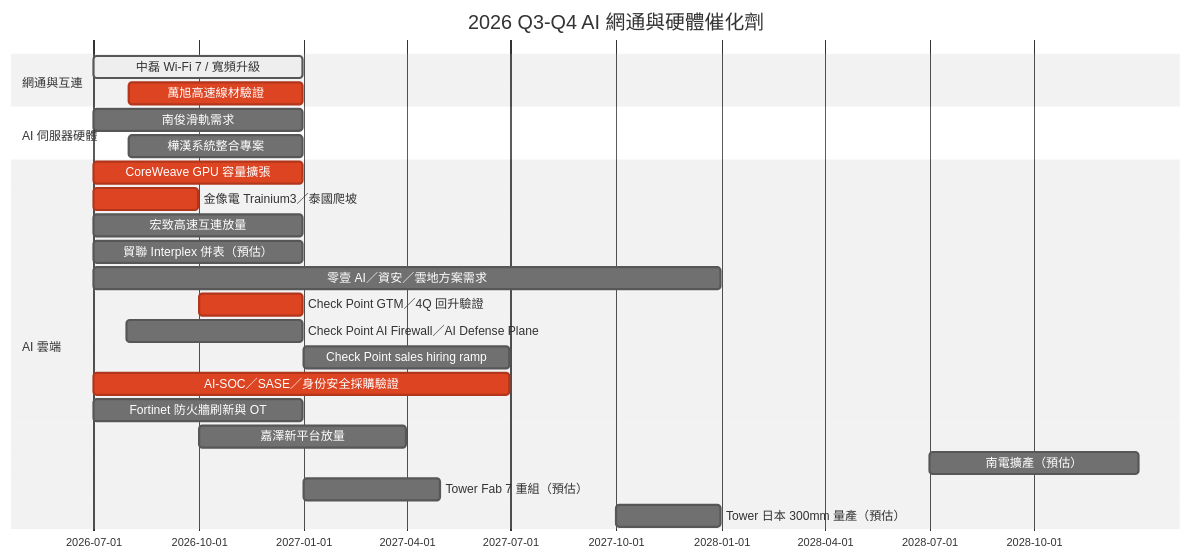
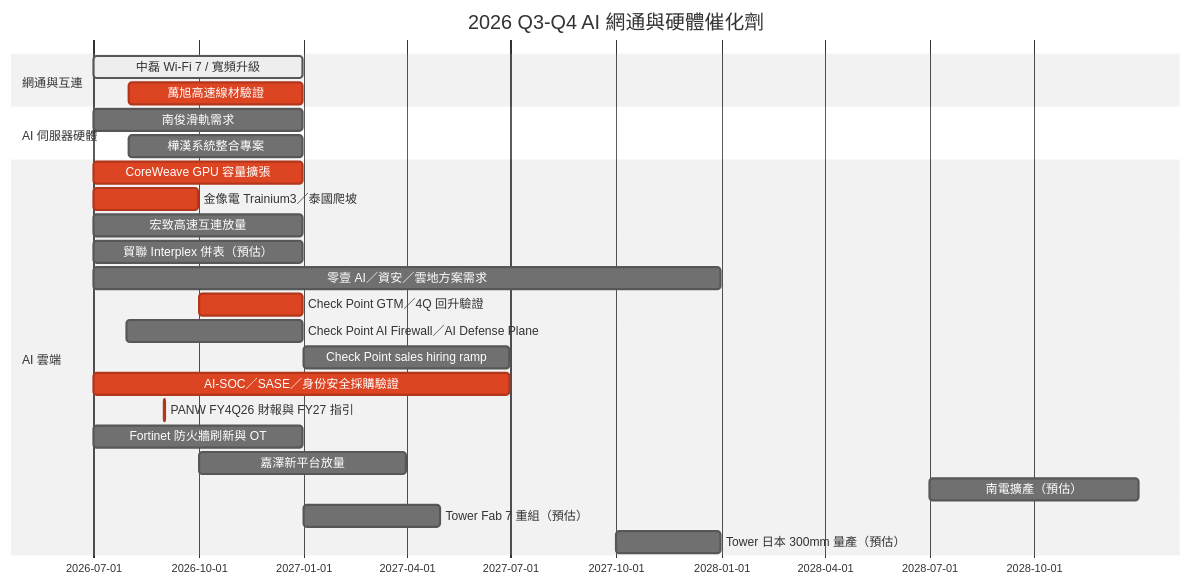
Before and after one commit to kevn950324/wiki_Stockv2: the diagram in content/lib/5.schedule/時程_2026Q3Q4_AI網通與硬體催化劑.md, drawn with Mermaid (neutral theme). The commit also changed other lines of this file and 12 other files, not shown here.

````diff
--- a/content/lib/5.schedule/時程_2026Q3Q4_AI網通與硬體催化劑.md
+++ b/content/lib/5.schedule/時程_2026Q3Q4_AI網通與硬體催化劑.md
@@ -47,26 +48,27 @@
 ```mermaid
 gantt
     title 2026 Q3-Q4 AI 網通與硬體催化劑
     dateFormat YYYY-MM-DD
     section 網通與互連
     中磊 Wi-Fi 7 / 寬頻升級 :active, 2026-07-01, 2026-12-31
     萬旭高速線材驗證 :crit, 2026-08-01, 2026-12-31
     section AI 伺服器硬體
     南俊滑軌需求 :2026-07-01, 2026-12-31
     樺漢系統整合專案 :2026-08-01, 2026-12-31
     section AI 雲端
     CoreWeave GPU 容量擴張 :crit, 2026-07-01, 2026-12-31
     金像電 Trainium3／泰國爬坡 :crit, 2026-07-01, 2026-09-30
     宏致高速互連放量 :2026-07-01, 2026-12-31
     貿聯 Interplex 併表（預估） :2026-07-01, 2026-12-31
     零壹 AI／資安／雲地方案需求 :2026-07-01, 2027-12-31
     Check Point GTM／4Q 回升驗證 :crit, 2026-10-01, 2026-12-31
     Check Point AI Firewall／AI Defense Plane :2026-07-30, 2026-12-31
     Check Point sales hiring ramp :2027-01-01, 2027-06-30
     AI-SOC／SASE／身份安全採購驗證 :crit, 2026-07-01, 2027-06-30
+    PANW FY4Q26 財報與 FY27 指引 :crit, 2026-09-01, 2026-09-02
     Fortinet 防火牆刷新與 OT :2026-07-01, 2026-12-31
     嘉澤新平台放量 :2026-10-01, 2027-03-31
     南電擴產（預估） :2028-07-01, 2028-12-31
     Tower Fab 7 重組（預估） :2027-01-01, 2027-04-30
     Tower 日本 300mm 量產（預估） :2027-10-01, 2027-12-31
 ```
````
